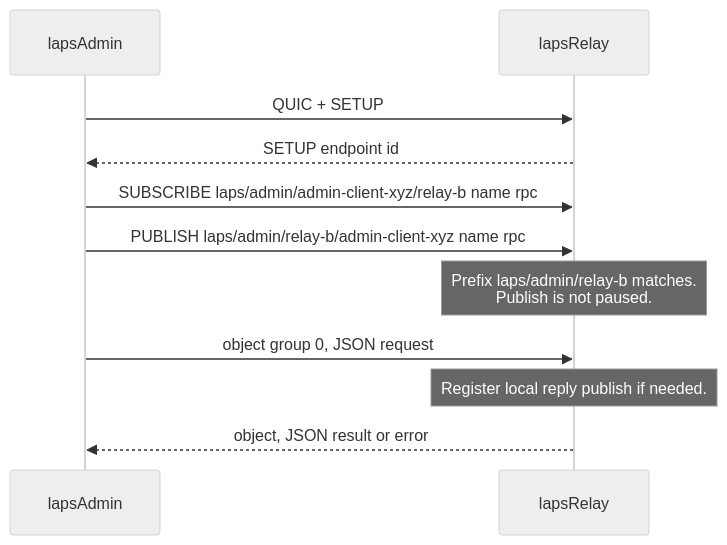
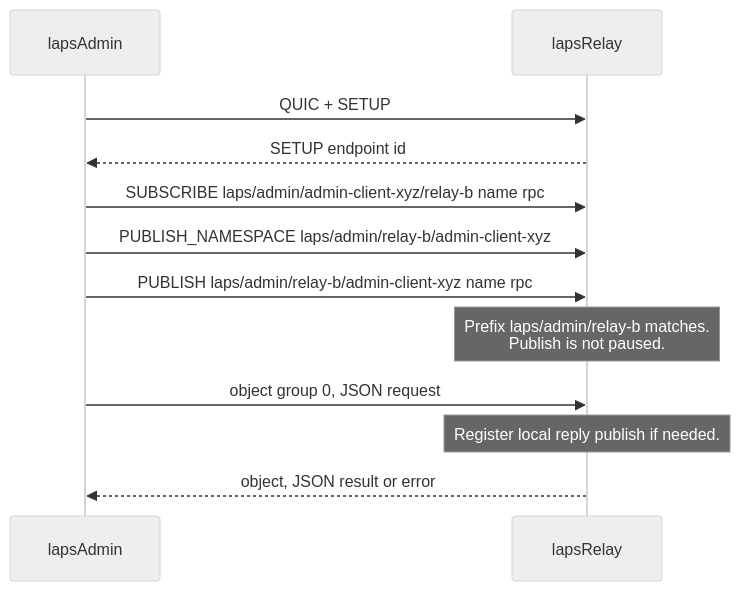
One commit to Quicr/laps changed the first of 2 diagrams in docs/admin-api.md. Above: the diagram before and after it, drawn with Mermaid (neutral theme). The commit also changed other lines of this file, not shown here.

````diff
--- a/docs/admin-api.md
+++ b/docs/admin-api.md
@@ -39,14 +39,15 @@
 ```mermaid
 sequenceDiagram
     participant Admin as lapsAdmin
     participant Relay as lapsRelay
 
     Admin->>Relay: QUIC + SETUP
     Relay-->>Admin: SETUP endpoint id
     Admin->>Relay: SUBSCRIBE laps/admin/admin-client-xyz/relay-b name rpc
+    Admin->>Relay: PUBLISH_NAMESPACE laps/admin/relay-b/admin-client-xyz
     Admin->>Relay: PUBLISH laps/admin/relay-b/admin-client-xyz name rpc
     Note over Relay: Prefix laps/admin/relay-b matches.<br/>Publish is not paused.
     Admin->>Relay: object group 0, JSON request
     Note over Relay: Register local reply publish if needed.
     Relay-->>Admin: object, JSON result or error
 ```
````
